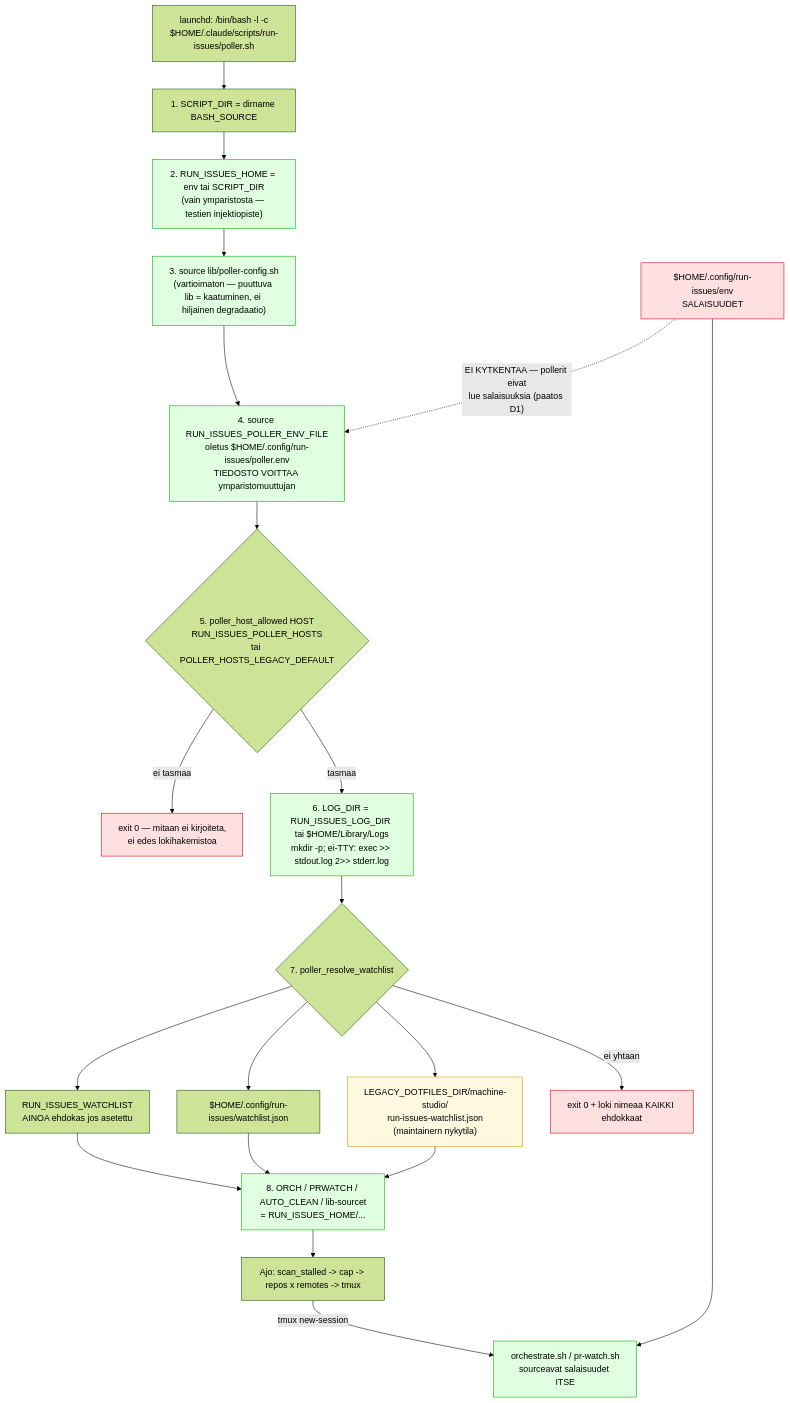
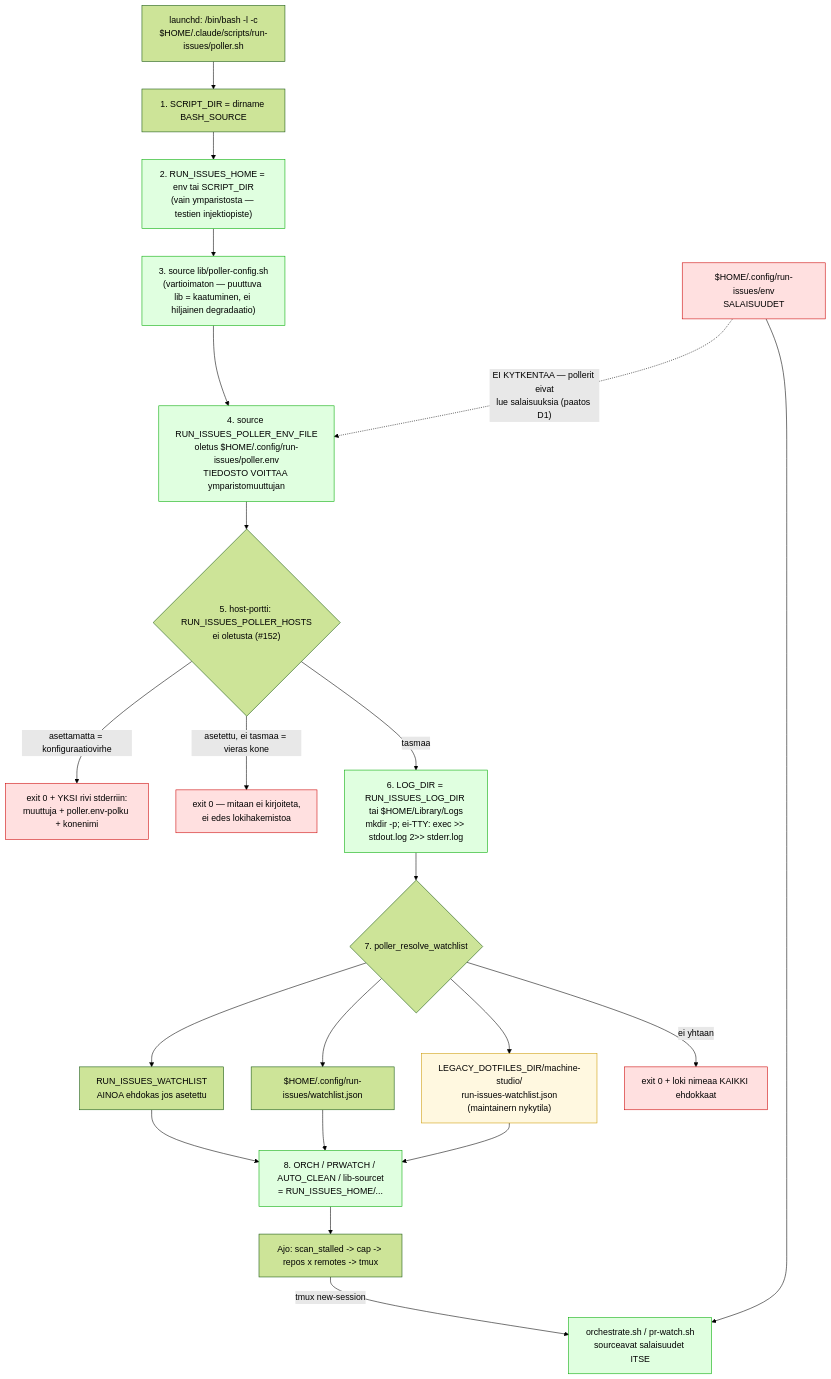
Before and after one commit to Silon-Oy/silon-issue-runner: the diagram in docs/diagrams/poller-config-resolution.mmd, drawn with Mermaid (forest theme). The commit also changed 11 other files, not shown here.

```diff
--- a/docs/diagrams/poller-config-resolution.mmd
+++ b/docs/diagrams/poller-config-resolution.mmd
@@ -1,48 +1,50 @@
 %% Author: Architect
 %% Created: 2026-07-31
 %% Topic: Pollerien konfiguraation resolvointijarjestys ja toimituskanava
 %% Task: issue #6 — polkuparametrisointi (RUN_ISSUES_HOME, WATCHLIST, LOG_DIR, POLLER_HOSTS)
 
 flowchart TB
     START["launchd: /bin/bash -l -c<br/>$HOME/.claude/scripts/run-issues/poller.sh"]
 
     S1["1. SCRIPT_DIR = dirname BASH_SOURCE"]
     S2["2. RUN_ISSUES_HOME = env tai SCRIPT_DIR<br/>(vain ymparistosta — testien injektiopiste)"]
     S3["3. source lib/poller-config.sh<br/>(vartioimaton — puuttuva lib = kaatuminen, ei hiljainen degradaatio)"]
     S4["4. source RUN_ISSUES_POLLER_ENV_FILE<br/>oletus $HOME/.config/run-issues/poller.env<br/>TIEDOSTO VOITTAA ymparistomuuttujan"]
-    S5{"5. poller_host_allowed HOST<br/>RUN_ISSUES_POLLER_HOSTS<br/>tai POLLER_HOSTS_LEGACY_DEFAULT"}
+    S5{"5. host-portti: RUN_ISSUES_POLLER_HOSTS<br/>ei oletusta (#152)"}
+    UNSET["exit 0 + YKSI rivi stderriin:<br/>muuttuja + poller.env-polku + konenimi"]
     NOOP["exit 0 — mitaan ei kirjoiteta,<br/>ei edes lokihakemistoa"]
     S6["6. LOG_DIR = RUN_ISSUES_LOG_DIR tai $HOME/Library/Logs<br/>mkdir -p; ei-TTY: exec >> stdout.log 2>> stderr.log"]
     S7{"7. poller_resolve_watchlist"}
     S8["8. ORCH / PRWATCH / AUTO_CLEAN / lib-sourcet<br/>= RUN_ISSUES_HOME/..."]
     RUN["Ajo: scan_stalled -> cap -> repos x remotes -> tmux"]
 
     WLE["RUN_ISSUES_WATCHLIST<br/>AINOA ehdokas jos asetettu"]
     WLC["$HOME/.config/run-issues/watchlist.json"]
     WLL["LEGACY_DOTFILES_DIR/machine-studio/<br/>run-issues-watchlist.json<br/>(maintainern nykytila)"]
     WLMISS["exit 0 + loki nimeaa KAIKKI ehdokkaat"]
 
     SECRET["$HOME/.config/run-issues/env<br/>SALAISUUDET"]
     CHILD["orchestrate.sh / pr-watch.sh<br/>sourceavat salaisuudet ITSE"]
 
     START --> S1 --> S2 --> S3 --> S4 --> S5
-    S5 -->|"ei tasmaa"| NOOP
+    S5 -->|"asettamatta = konfiguraatiovirhe"| UNSET
+    S5 -->|"asetettu, ei tasmaa = vieras kone"| NOOP
     S5 -->|"tasmaa"| S6 --> S7
     S7 --> WLE
     S7 --> WLC
     S7 --> WLL
     S7 -->|"ei yhtaan"| WLMISS
     WLE --> S8
     WLC --> S8
     WLL --> S8
     S8 --> RUN
     RUN -->|tmux new-session| CHILD
     SECRET --> CHILD
     SECRET -.->|"EI KYTKENTAA — pollerit eivat<br/>lue salaisuuksia (paatos D1)"| S4
 
     classDef legacy fill:#fff8e0,stroke:#c90
     classDef safe fill:#e0ffe0,stroke:#0a0
     classDef stop fill:#ffe0e0,stroke:#c00
     class WLL legacy
     class S2,S3,S4,S6,S8,CHILD safe
-    class NOOP,WLMISS,SECRET stop
+    class UNSET,NOOP,WLMISS,SECRET stop
```
